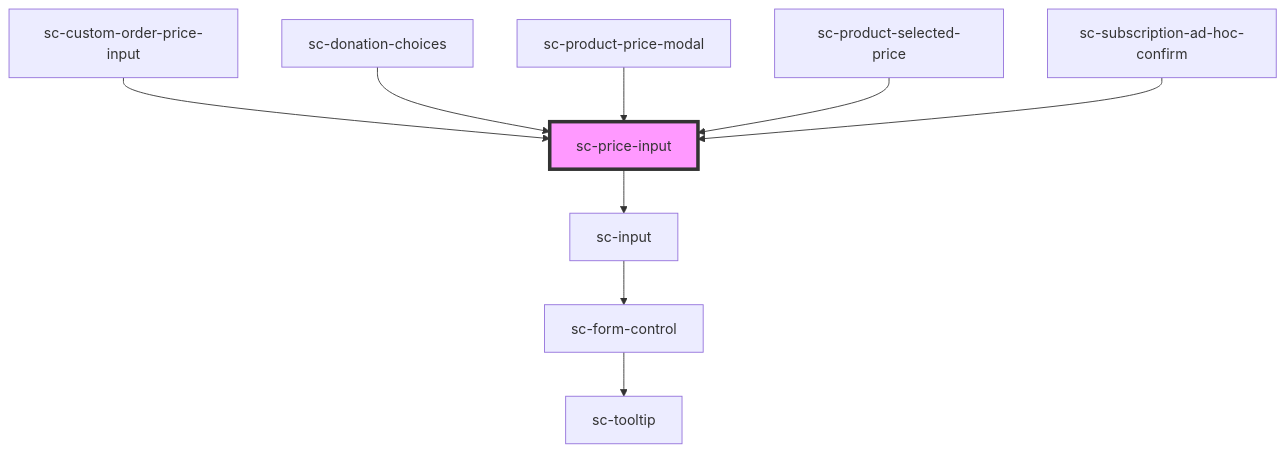
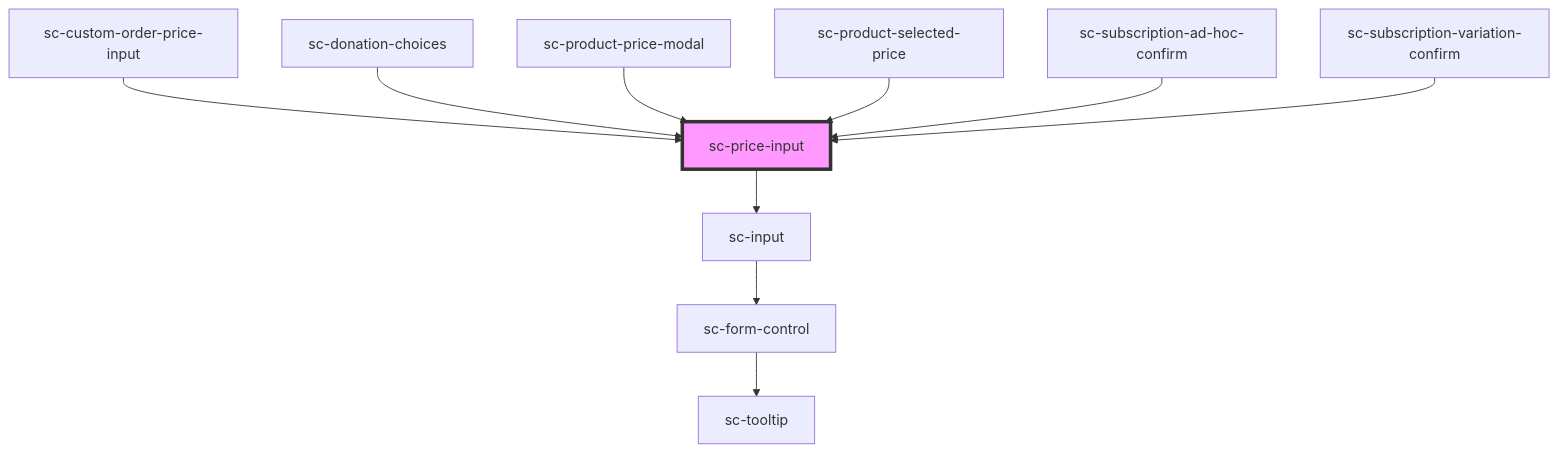
Before and after one commit to surecart/surecart-wp-plugin: the diagram in packages/components/src/components/ui/price-input/readme.md, drawn with Mermaid. The commit also changed other lines of this file and 34 other files, not shown here.

````diff
--- a/packages/components/src/components/ui/price-input/readme.md
+++ b/packages/components/src/components/ui/price-input/readme.md
@@ -114,12 +115,13 @@
 ```mermaid
 graph TD;
   sc-price-input --> sc-input
   sc-input --> sc-form-control
   sc-form-control --> sc-tooltip
   sc-custom-order-price-input --> sc-price-input
   sc-donation-choices --> sc-price-input
   sc-product-price-modal --> sc-price-input
   sc-product-selected-price --> sc-price-input
   sc-subscription-ad-hoc-confirm --> sc-price-input
+  sc-subscription-variation-confirm --> sc-price-input
   style sc-price-input fill:#f9f,stroke:#333,stroke-width:4px
 ```
````
